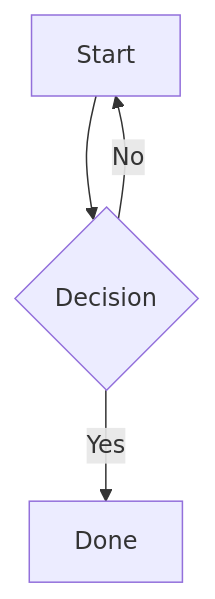
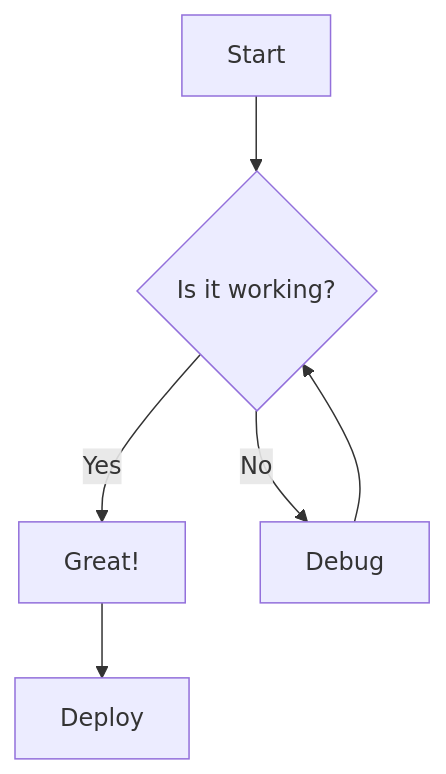
The second of 8 diagrams in README.md (Tata600/mermaid_diagram), drawn with Mermaid before and after one commit. The commit also changed other lines of this file and 3 other files, not shown here.

Commit message:
[ADD] Example diagrams and images for better clarity. Include troubleshooting and contributing sections for user support

````diff
--- a/README.md
+++ b/README.md
@@ -19,6 +156,8 @@
 ```mermaid
 flowchart TD
-    A[Start] --> B{Decision}
-    B -->|Yes| C[Done]
-    B -->|No| A
+    A[Start] --> B{Is it working?}
+    B -->|Yes| C[Great!]
+    B -->|No| D[Debug]
+    D --> B
+    C --> E[Deploy]
 ```
````
